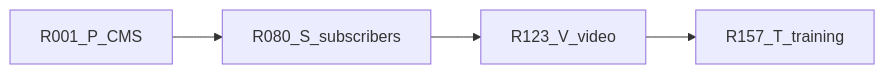
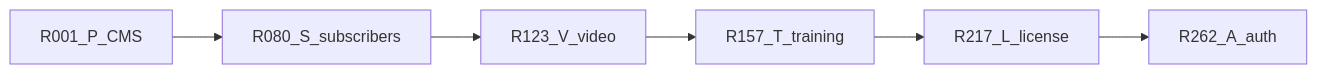
The first of 3 diagrams in .cursor/plans/combined_cms_refs_f96163bc.plan.md (KantaPaul/next-cms), drawn with Mermaid before and after one commit. The commit also changed other lines of this file, not shown here.

````diff
--- a/.cursor/plans/combined_cms_refs_f96163bc.plan.md
+++ b/.cursor/plans/combined_cms_refs_f96163bc.plan.md
@@ -669,6 +896,8 @@
 ```mermaid
 flowchart LR
   p[R001_P_CMS] --> s[R080_S_subscribers]
   s --> v[R123_V_video]
   v --> t[R157_T_training]
+  t --> l[R217_L_license]
+  l --> a[R262_A_auth]
 ```
````
